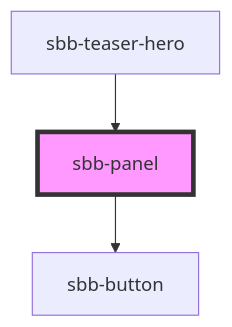
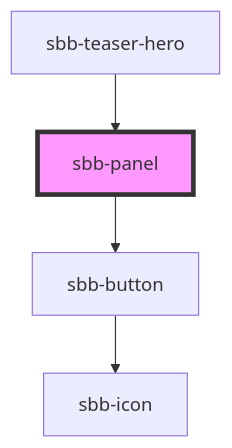
One commit to sbb-design-systems/lyne-components changed the diagram in src/components/sbb-panel/readme.md. Above: the diagram before and after it, drawn with Mermaid. The commit also changed 6 other files, not shown here.

Commit message:
refactor: label slot and icon slot from sbb-link-button pr

````diff
--- a/src/components/sbb-panel/readme.md
+++ b/src/components/sbb-panel/readme.md
@@ -27,6 +27,7 @@
 ```mermaid
 graph TD;
   sbb-panel --> sbb-button
+  sbb-button --> sbb-icon
   sbb-teaser-hero --> sbb-panel
   style sbb-panel fill:#f9f,stroke:#333,stroke-width:4px
 ```
````
